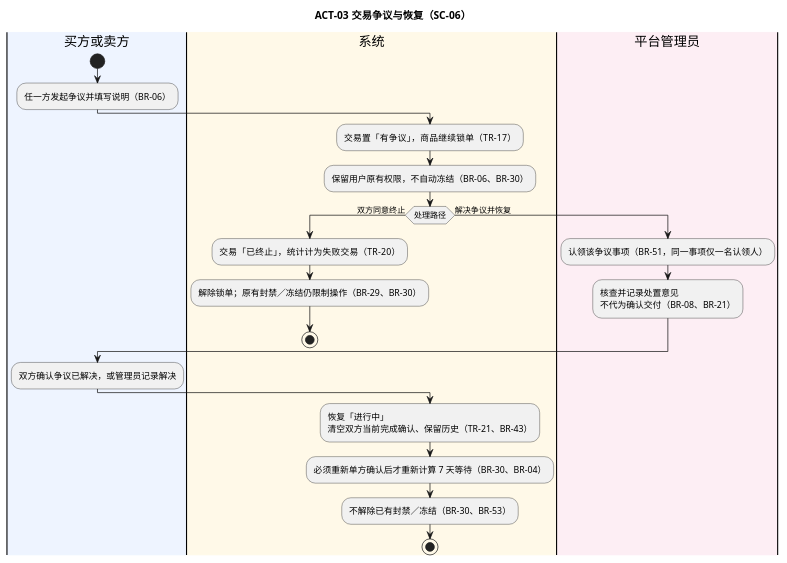
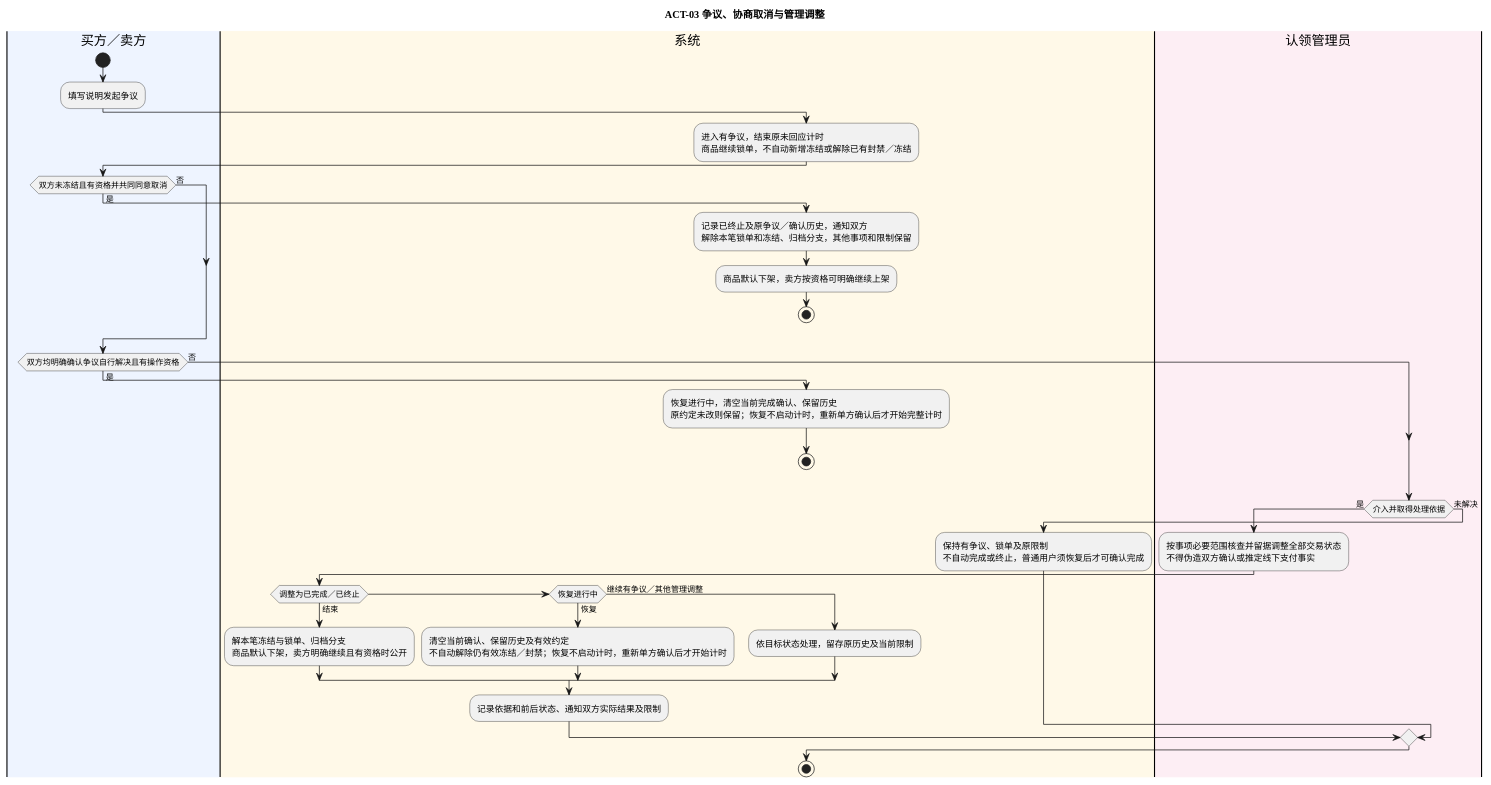
Before and after one commit to iy88/se-course-project-1: the diagram in docs/appendices/models/ACT-03-交易争议与恢复.puml, drawn with PlantUML. The commit also changed other lines of this file and 49 other files, not shown here.

First line of the commit message:
docs(models): 对齐业务活动图

```diff
--- a/docs/appendices/models/ACT-03-交易争议与恢复.puml
+++ b/docs/appendices/models/ACT-03-交易争议与恢复.puml
@@ -12,33 +12,42 @@
 @startuml ACT-03
 
-title ACT-03 交易争议与恢复（SC-06）
-
-|#EEF4FF|买方或卖方|
+skinparam defaultFontName "PingFang SC"
+title ACT-03 争议、协商取消与管理调整
+|#EEF4FF|买方／卖方|
 start
-:任一方发起争议并填写说明（BR-06）;
-
+:填写说明发起争议;
 |#FFF9E8|系统|
-:交易置「有争议」，商品继续锁单（TR-17）;
-:保留用户原有权限，不自动冻结（BR-06、BR-30）;
-
-if (处理路径) then (双方同意终止)
-  |#FFF9E8|系统|
-  :交易「已终止」，统计计为失败交易（TR-20）;
-  :解除锁单；原有封禁／冻结仍限制操作（BR-29、BR-30）;
-  stop
-else (解决争议并恢复)
-  |#FDEEF4|平台管理员|
-  :认领该争议事项（BR-51，同一事项仅一名认领人）;
-  :核查并记录处置意见\n不代为确认交付（BR-08、BR-21）;
+:进入有争议，结束原未回应计时\n商品继续锁单，不自动新增冻结或解除已有封禁／冻结;
+|#EEF4FF|买方／卖方|
+if (双方未冻结且有资格并共同同意取消) then (是)
+ |#FFF9E8|系统|
+ :记录已终止及原争议／确认历史，通知双方\n解除本笔锁单和冻结、归档分支，其他事项和限制保留;
+ :商品默认下架，卖方按资格可明确继续上架;
+ stop
+else (否)
 endif
-
-|#EEF4FF|买方或卖方|
-:双方确认争议已解决，或管理员记录解决;
-
-|#FFF9E8|系统|
-:恢复「进行中」\n清空双方当前完成确认、保留历史（TR-21、BR-43）;
-:必须重新单方确认后才重新计算 7 天等待（BR-30、BR-04）;
-:不解除已有封禁／冻结（BR-30、BR-53）;
+|#EEF4FF|买方／卖方|
+if (双方均明确确认争议自行解决且有操作资格) then (是)
+ |#FFF9E8|系统|
+ :恢复进行中，清空当前完成确认、保留历史\n原约定未改则保留；恢复不启动计时，重新单方确认后才开始完整计时;
+ stop
+else (否)
+endif
+|#FDEEF4|认领管理员|
+if (介入并取得处理依据) then (是)
+ :按事项必要范围核查并留据调整全部交易状态\n不得伪造双方确认或推定线下支付事实;
+ |#FFF9E8|系统|
+ if (调整为已完成／已终止) then (结束)
+  :解本笔冻结与锁单、归档分支\n商品默认下架，卖方明确继续且有资格时公开;
+ elseif (恢复进行中) then (恢复)
+  :清空当前确认、保留历史及有效约定\n不自动解除仍有效冻结／封禁；恢复不启动计时，重新单方确认后才开始计时;
+ else (继续有争议／其他管理调整)
+  :依目标状态处理，留存原历史及当前限制;
+ endif
+ :记录依据和前后状态、通知双方实际结果及限制;
+else (未解决)
+ |#FFF9E8|系统|
+ :保持有争议、锁单及原限制\n不自动完成或终止，普通用户须恢复后才可确认完成;
+endif
 stop
-
 @enduml
```
